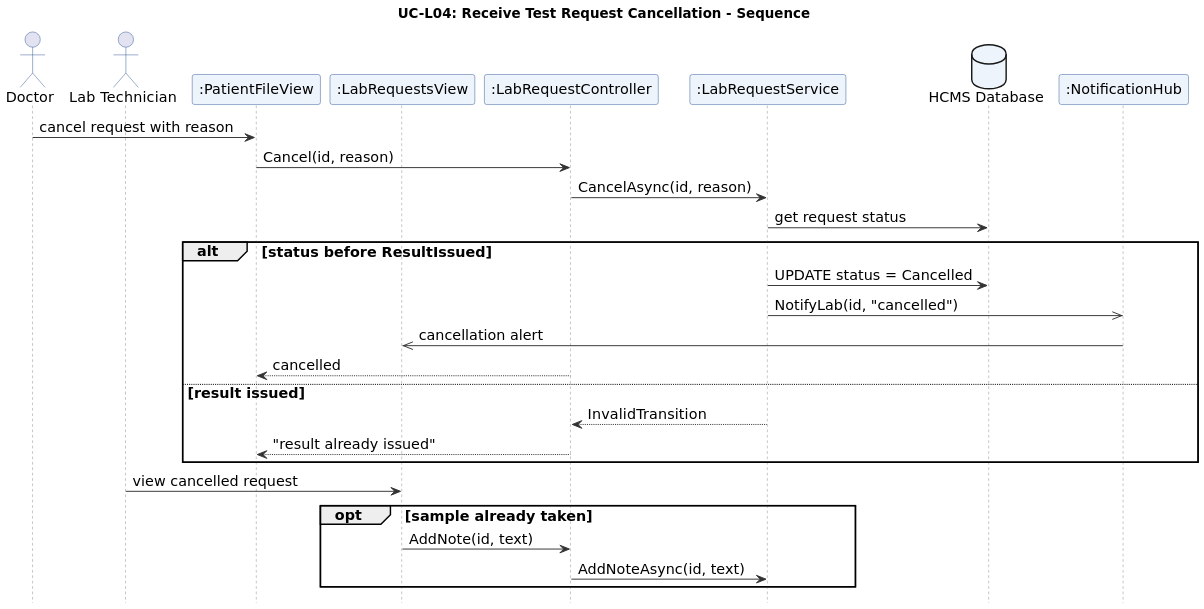
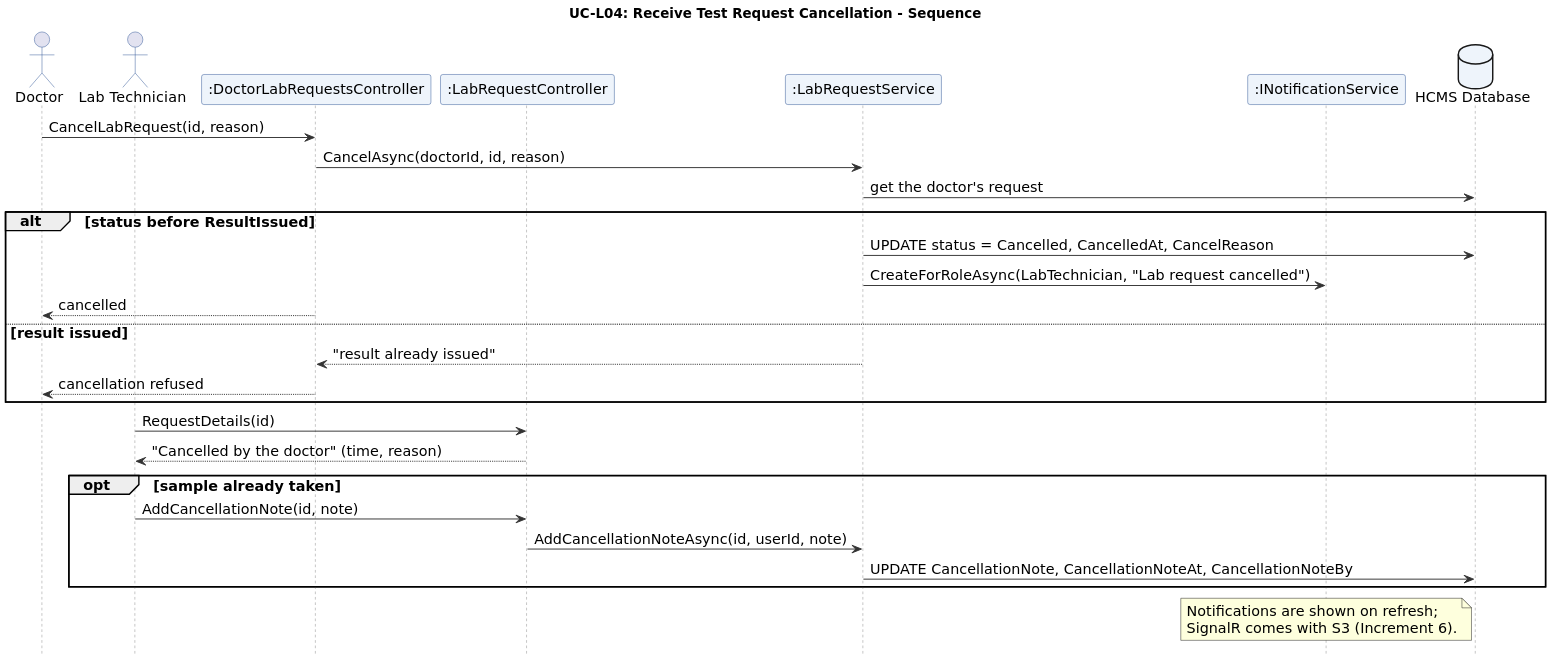
One commit to aymansl/HCMS changed the diagram in docs/diagrams/UC-L04_seq.puml. Above: the diagram before and after it, drawn with PlantUML. The commit also changed 19 other files, not shown here.

Commit message:
feat(lab): receive lab request cancellation from doctor (L4)

```diff
--- a/docs/diagrams/UC-L04_seq.puml
+++ b/docs/diagrams/UC-L04_seq.puml
@@ -1,51 +1,51 @@
 @startuml
 skinparam dpi 170
 skinparam shadowing false
 skinparam defaultFontName DejaVu Sans
 skinparam defaultFontSize 12
 skinparam ArrowColor #333333
 skinparam ActivityBackgroundColor #EEF4FB
 skinparam ActivityBorderColor #2F5597
 skinparam ActivityDiamondBackgroundColor #FFF7E0
 skinparam SwimlaneTitleFontStyle bold
 skinparam ParticipantBackgroundColor #EEF4FB
 skinparam ParticipantBorderColor #2F5597
 skinparam SequenceLifeLineBorderColor #888888
 skinparam UsecaseBackgroundColor #EEF4FB
 skinparam UsecaseBorderColor #2F5597
 skinparam ActorBorderColor #2F5597
 skinparam DatabaseBackgroundColor #EEF4FB
 skinparam SequenceGroupHeaderFontStyle bold
 title UC-L04: Receive Test Request Cancellation - Sequence
 skinparam defaultFontSize 15
 skinparam ParticipantFontSize 15
 skinparam ActorFontSize 15
 skinparam DatabaseFontSize 15
 hide footbox
 actor Doctor as D
 actor "Lab Technician" as U
-participant ":PatientFileView" as DV
-participant ":LabRequestsView" as V
+participant ":DoctorLabRequestsController" as DC
 participant ":LabRequestController" as C
 participant ":LabRequestService" as S
+participant ":INotificationService" as N
 database "HCMS Database" as DB
-participant ":NotificationHub" as H
-D -> DV : cancel request with reason
-DV -> C : Cancel(id, reason)
-C -> S : CancelAsync(id, reason)
-S -> DB : get request status
+D -> DC : CancelLabRequest(id, reason)
+DC -> S : CancelAsync(doctorId, id, reason)
+S -> DB : get the doctor's request
 alt status before ResultIssued
-  S -> DB : UPDATE status = Cancelled
-  S ->> H : NotifyLab(id, "cancelled")
-  H ->> V : cancellation alert
-  C --> DV : cancelled
+  S -> DB : UPDATE status = Cancelled, CancelledAt, CancelReason
+  S -> N : CreateForRoleAsync(LabTechnician, "Lab request cancelled")
+  DC --> D : cancelled
 else result issued
-  S --> C : InvalidTransition
-  C --> DV : "result already issued"
+  S --> DC : "result already issued"
+  DC --> D : cancellation refused
 end
-U -> V : view cancelled request
+U -> C : RequestDetails(id)
+C --> U : "Cancelled by the doctor" (time, reason)
 opt sample already taken
-  V -> C : AddNote(id, text)
-  C -> S : AddNoteAsync(id, text)
+  U -> C : AddCancellationNote(id, note)
+  C -> S : AddCancellationNoteAsync(id, userId, note)
+  S -> DB : UPDATE CancellationNote, CancellationNoteAt, CancellationNoteBy
 end
+note over N : Notifications are shown on refresh;\nSignalR comes with S3 (Increment 6).
 @enduml
```
